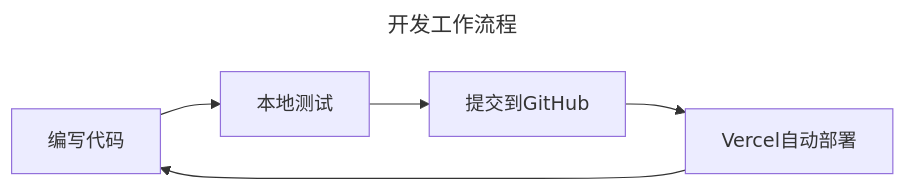
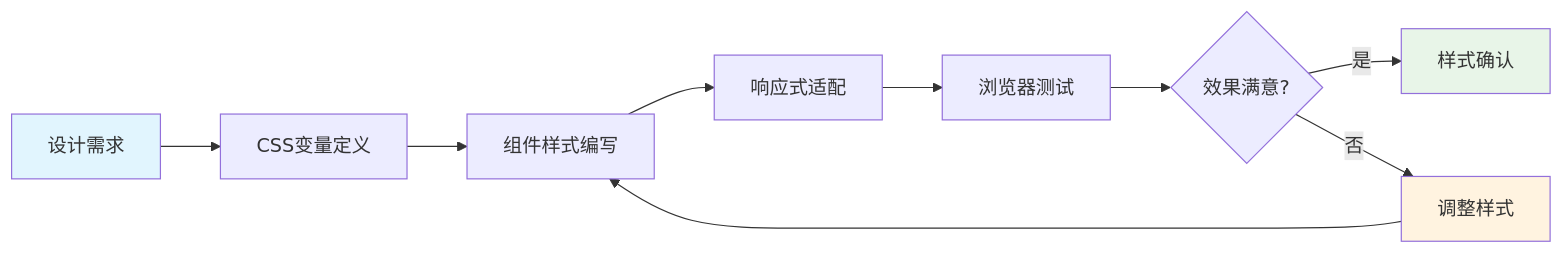
Before and after one commit to ChanMeng666/ai-programming-teaching-project: the sixth of 10 diagrams in versioned_docs/version-2024-winter/tutorials/docusaurus-tutorial.mdx, drawn with Mermaid. The commit also changed other lines of this file and 5 other files, not shown here.

````diff
--- a/versioned_docs/version-2024-winter/tutorials/docusaurus-tutorial.mdx
+++ b/versioned_docs/version-2024-winter/tutorials/docusaurus-tutorial.mdx
@@ -190,10 +530,15 @@
 ```mermaid
----
-title: 开发工作流程
----
-flowchart LR
-    A[编写代码] --> B[本地测试]
-    B --> C[提交到GitHub]
-    C --> D[Vercel自动部署]
-    D --> A
+graph LR
+    A[设计需求] --> B[CSS变量定义]
+    B --> C[组件样式编写]
+    C --> D[响应式适配]
+    D --> E[浏览器测试]
+    E --> F{效果满意?}
+    F -->|是| G[样式确认]
+    F -->|否| H[调整样式]
+    H --> C
+    
+    style A fill:#e1f5fe
+    style G fill:#e8f5e8
+    style H fill:#fff3e0
 ```
````
